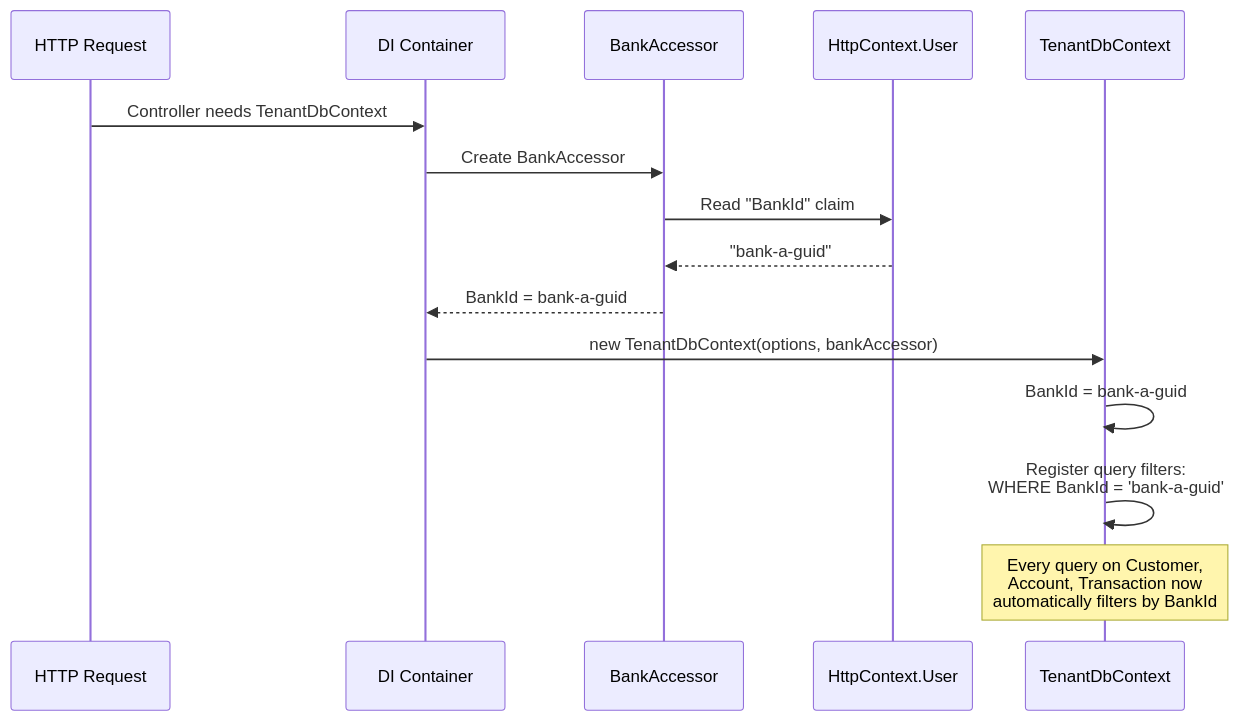
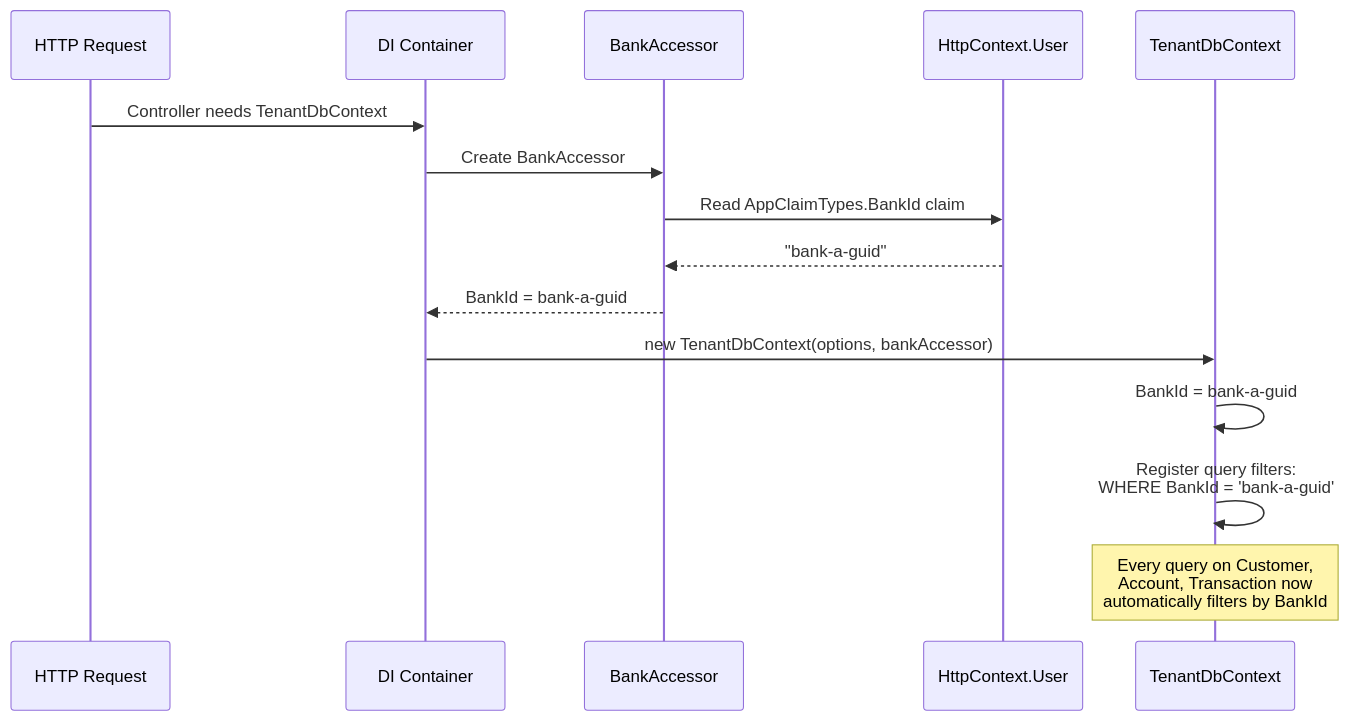
One commit to SjoenH/efcore-multitenant-dual-dbcontext-demo changed the seventh of 11 diagrams in TUTORIAL.md. Above: the diagram before and after it, drawn with Mermaid. The commit also changed other lines of this file, not shown here.

````diff
--- a/TUTORIAL.md
+++ b/TUTORIAL.md
@@ -443,18 +443,18 @@
 ```mermaid
 sequenceDiagram
     participant R as HTTP Request
     participant DI as DI Container
     participant BA as BankAccessor
     participant JWT as HttpContext.User
     participant TDB as TenantDbContext
 
     R->>DI: Controller needs TenantDbContext
     DI->>BA: Create BankAccessor
-    BA->>JWT: Read "BankId" claim
+    BA->>JWT: Read AppClaimTypes.BankId claim
     JWT-->>BA: "bank-a-guid"
     BA-->>DI: BankId = bank-a-guid
     DI->>TDB: new TenantDbContext(options, bankAccessor)
     TDB->>TDB: BankId = bank-a-guid
     TDB->>TDB: Register query filters:<br/>WHERE BankId = 'bank-a-guid'
     Note over TDB: Every query on Customer,<br/>Account, Transaction now<br/>automatically filters by BankId
 ```
````
